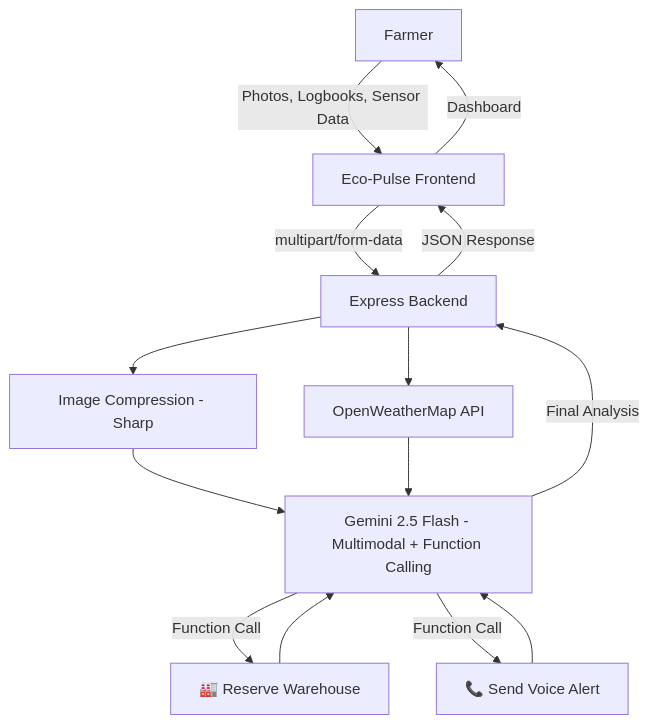
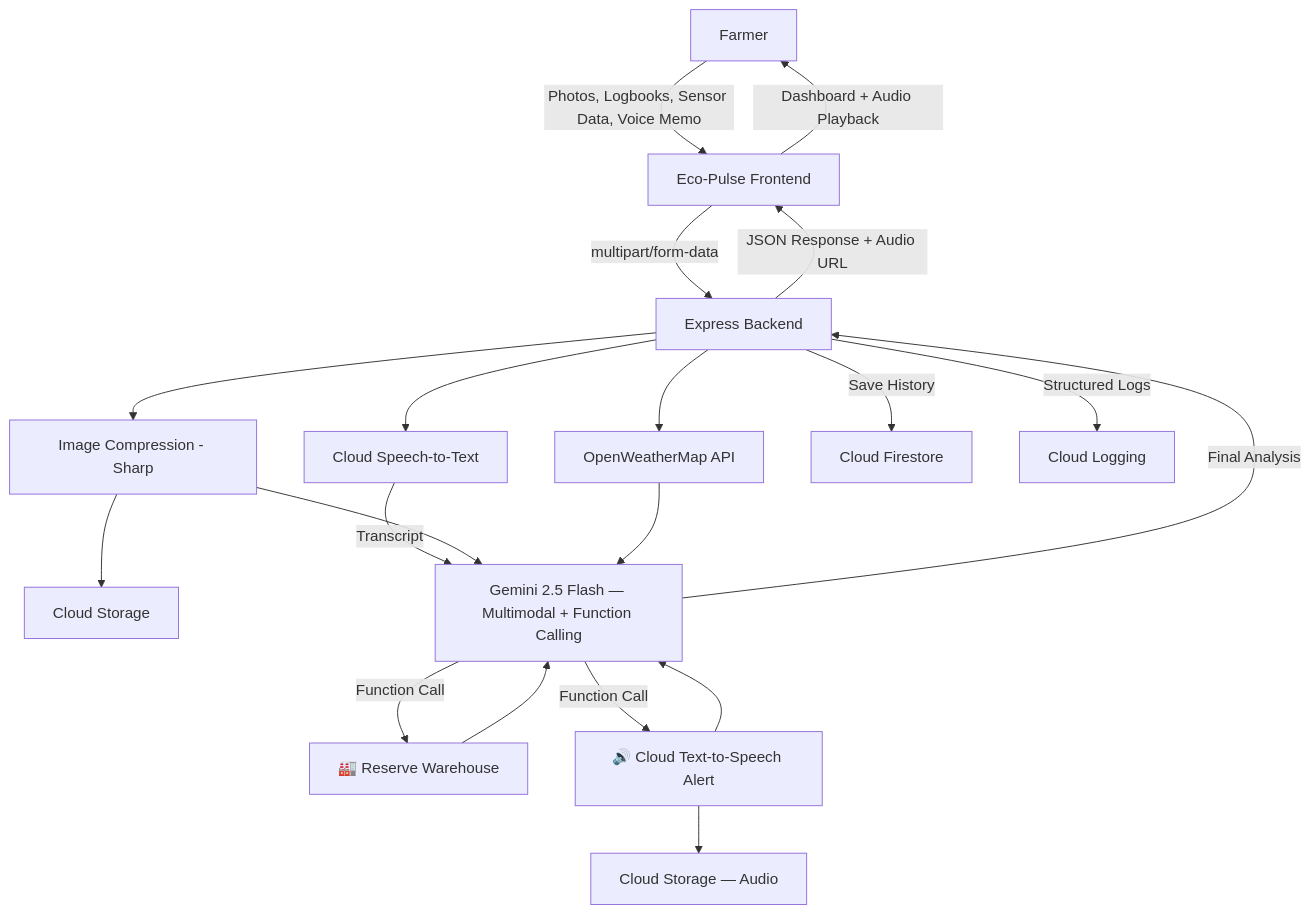
One commit to BharatNischal/Prompt-war-warmup-challenge changed the diagram in README.md. Above: the diagram before and after it, drawn with Mermaid. The commit also changed other lines of this file and 29 other files, not shown here.

First line of the commit message:
feat: v2.0 — 7 Google Cloud services + 50 tests + voice I/O

````diff
--- a/README.md
+++ b/README.md
@@ -29,16 +51,22 @@
 ```mermaid
 graph TD
-    A[Farmer] -->|Photos, Logbooks, Sensor Data| B[Eco-Pulse Frontend]
+    A[Farmer] -->|Photos, Logbooks, Sensor Data, Voice Memo| B[Eco-Pulse Frontend]
     B -->|multipart/form-data| C[Express Backend]
     C --> D[Image Compression - Sharp]
+    C --> V[Cloud Speech-to-Text]
     C --> E[OpenWeatherMap API]
-    D --> F[Gemini 2.5 Flash - Multimodal + Function Calling]
+    D --> S1[Cloud Storage]
+    V -->|Transcript| F
+    D --> F[Gemini 2.5 Flash — Multimodal + Function Calling]
     E --> F
     F -->|Function Call| G[🏭 Reserve Warehouse]
-    F -->|Function Call| H[📞 Send Voice Alert]
+    F -->|Function Call| H[🔊 Cloud Text-to-Speech Alert]
+    H --> S2[Cloud Storage — Audio]
     G --> F
     H --> F
     F -->|Final Analysis| C
-    C -->|JSON Response| B
-    B -->|Dashboard| A
+    C -->|Save History| FS[Cloud Firestore]
+    C -->|Structured Logs| CL[Cloud Logging]
+    C -->|JSON Response + Audio URL| B
+    B -->|Dashboard + Audio Playback| A
 ```
````
